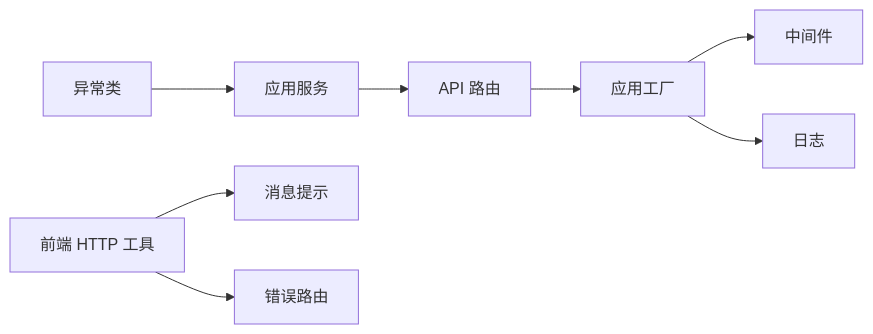
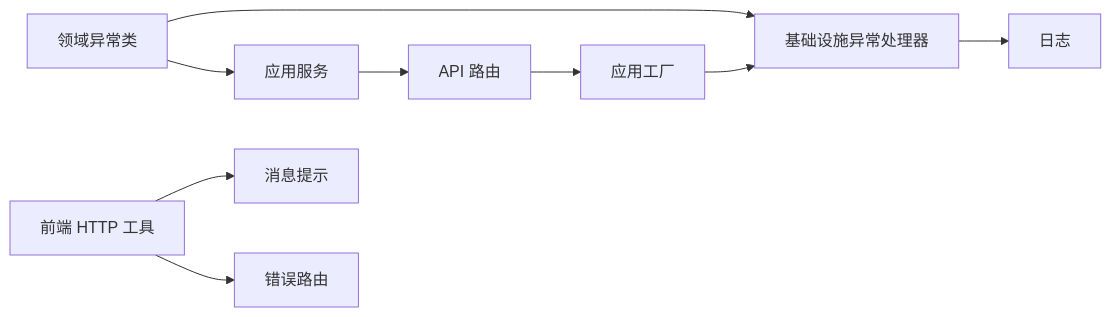
Before and after one commit to taoweidong/Hello-FastApi: the eighth of 8 diagrams in .qoder/repowiki/zh/content/项目概述/核心特性/异常处理.md, drawn with Mermaid. The commit also changed other lines of this file and 22 other files, not shown here.

````diff
--- a/.qoder/repowiki/zh/content/项目概述/核心特性/异常处理.md
+++ b/.qoder/repowiki/zh/content/项目概述/核心特性/异常处理.md
@@ -334,10 +345,11 @@
 ```mermaid
 graph LR
-EXC["异常类"] --> SVC["应用服务"]
+DOMAIN["领域异常类"] --> INFRA["基础设施异常处理器"]
+DOMAIN --> SVC["应用服务"]
 SVC --> API["API 路由"]
 API --> MAIN["应用工厂"]
-MAIN --> MID["中间件"]
-MAIN --> LOG["日志"]
+MAIN --> INFRA
+INFRA --> LOG["日志"]
 HTTP["前端 HTTP 工具"] --> MSG["消息提示"]
 HTTP --> ROUTE["错误路由"]
 ```
````
